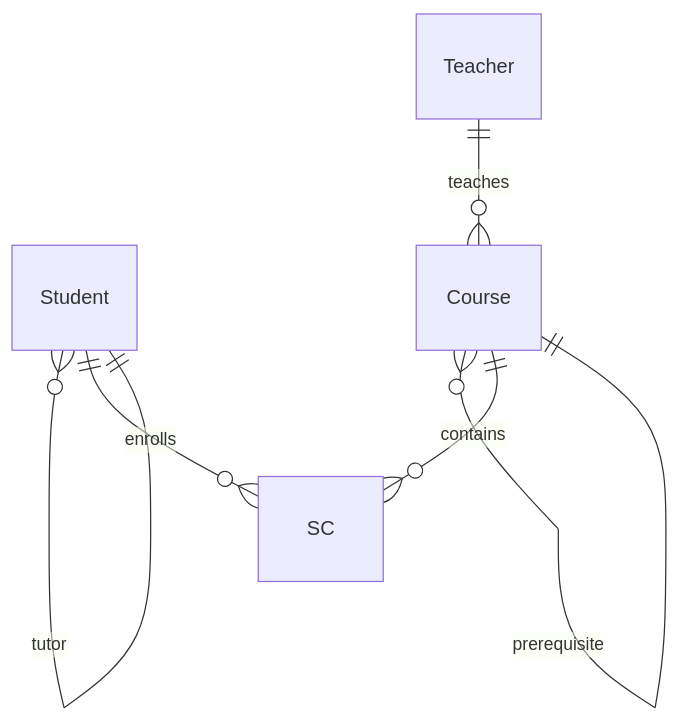
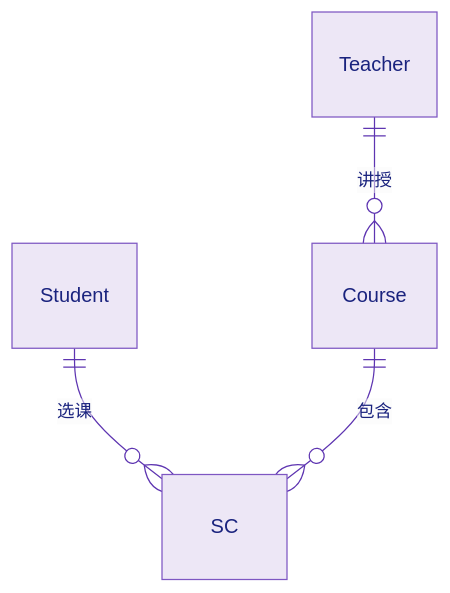
Before and after one commit to stuid-maker/Database-experiment: the first of 2 diagrams in docs/实验报告.md, drawn with Mermaid. The commit also changed other lines of this file, not shown here.

````diff
--- a/docs/实验报告.md
+++ b/docs/实验报告.md
@@ -38,8 +42,14 @@
 ```mermaid
+%%{init: {'theme':'base','themeVariables':{
+  'primaryColor':'#ede7f6',
+  'primaryTextColor':'#1a237e',
+  'primaryBorderColor':'#7e57c2',
+  'lineColor':'#5e35b1',
+  'secondaryColor':'#f3e5f5',
+  'tertiaryColor':'#fafafa'
+}}}%%
 erDiagram
-    Student }o--|| Student : tutor
-    Course }o--|| Course : prerequisite
-    Teacher ||--o{ Course : teaches
-    Student ||--o{ SC : enrolls
-    Course  ||--o{ SC : contains
+    Teacher ||--o{ Course : "讲授"
+    Student ||--o{ SC : "选课"
+    Course ||--o{ SC : "包含"
 ```
````
